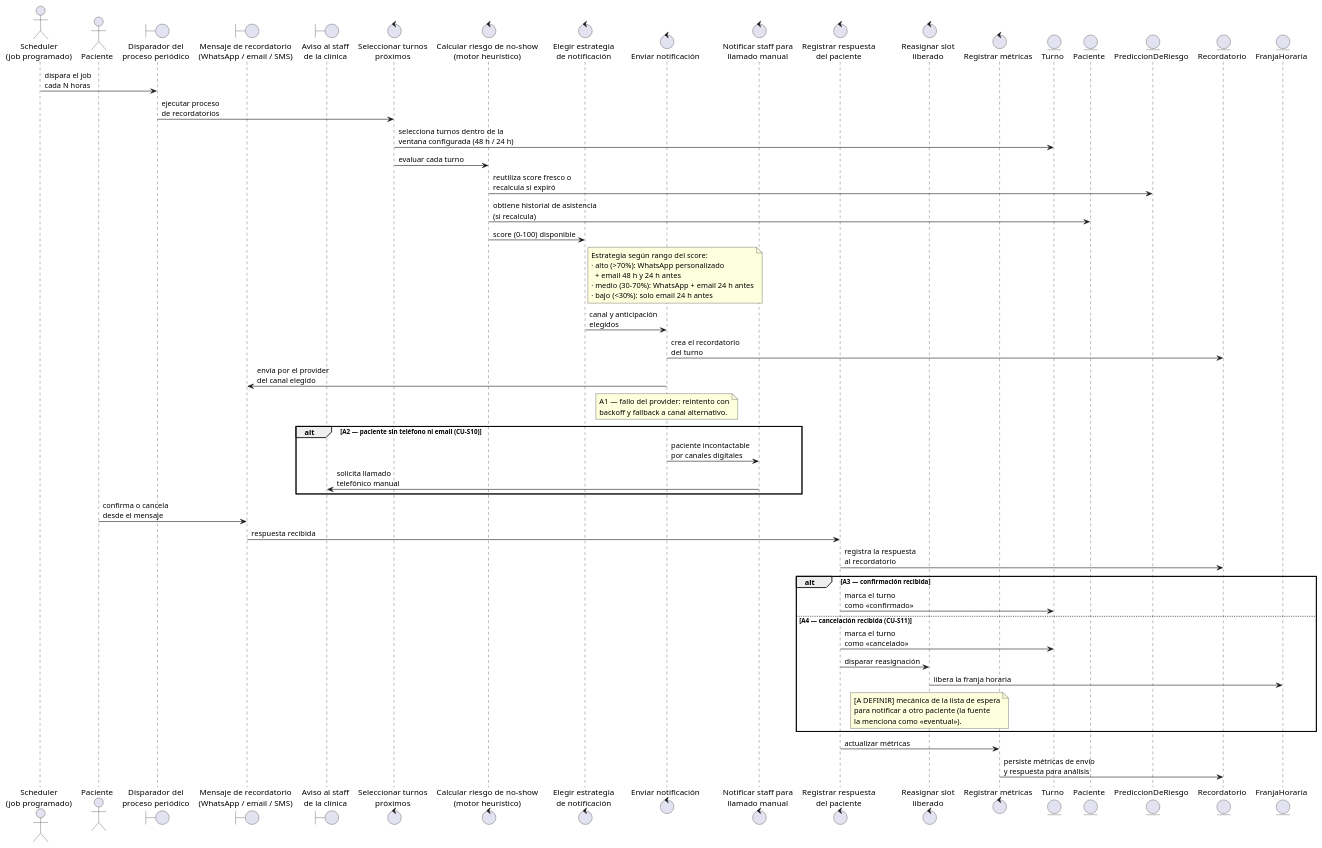
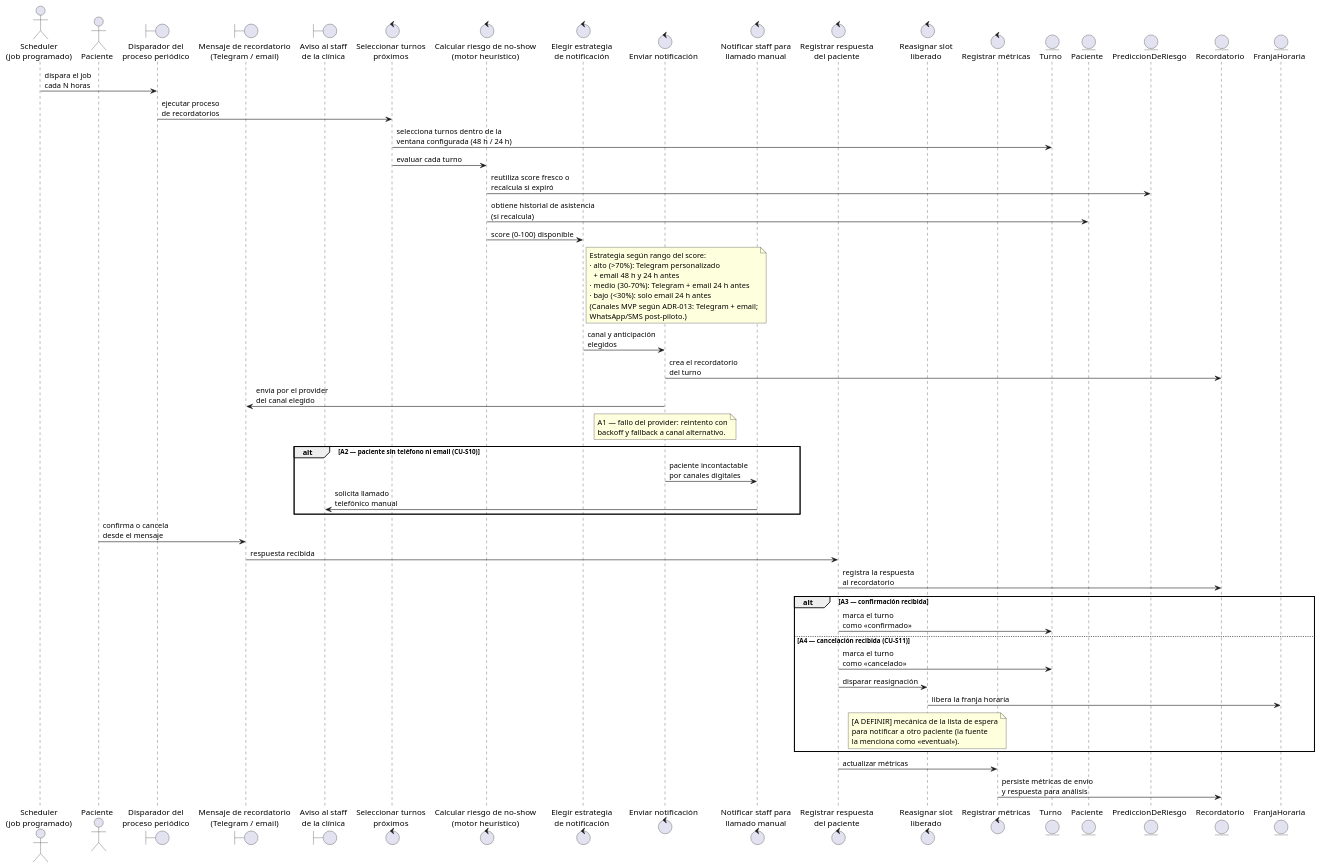
One commit to JulianDeco/sist_clinica changed the diagram in seminario/iconix/diagramas/05-robustez-cu03.puml. Above: the diagram before and after it, drawn with PlantUML. The commit also changed 5 other files, not shown here.

Commit message:
docs(T-020): pulido ICONIX — canales ADR-013 (Telegram/email MVP), CU-S14 cambiar de clínica activa, consistencia entidades/glosario

```diff
--- a/seminario/iconix/diagramas/05-robustez-cu03.puml
+++ b/seminario/iconix/diagramas/05-robustez-cu03.puml
@@ -1,112 +1,116 @@
 @startuml robustez_CU03
 ' =====================================================================
 ' Diagrama de robustez ICONIX — CU-03 Calcular y notificar predicción
 ' de ausentismo
 ' Entrega T-020 — deliverable 6 · Seminario de Trabajo Final UAI 2026
 '
 ' Cubre: seminario/iconix/02-especificacion-casos-de-uso.md → sección CU-03
 '   (curso básico pasos 1–7, cursos alternos A1–A4) e incorpora los CU de
 '   soporte: CU-S05 (Calcular riesgo, <<include>>), CU-S06 (Enviar
 '   notificación, <<include>>), CU-S07 (Registrar respuesta del paciente),
 '   CU-S10 (Notificar staff, <<extend>>) y CU-S11 (Reasignar slot liberado).
 ' Entidades: tomadas 1:1 del modelo de dominio (02-dominio.puml).
 ' Boundaries: el Scheduler entra por el disparador del proceso periódico;
 '   el Paciente interactúa solo con el mensaje recibido (no opera el sistema).
+' Canales de notificación: Telegram + email (MVP según ADR-013);
+'   WhatsApp/SMS quedan en roadmap post-piloto.
 '
 ' Trazabilidad curso básico → flechas:
 '   Paso 1 → Scheduler -> TRIG ; TRIG -> SEL
 '   Paso 2 → SEL -> TUR «selecciona turnos dentro de la ventana»
 '   Paso 3 → SEL -> RIESGO ; RIESGO -> PRED ; RIESGO -> PAC    (CU-S05)
 '   Paso 4 → RIESGO -> ESTR (+ nota con la estrategia por rango)
 '   Paso 5 → ESTR -> ENV ; ENV -> REC ; ENV -> MSG             (CU-S06)
 '   Paso 6 → Paciente -> MSG ; MSG -> RESP ; RESP -> REC ;
 '            RESP -> TUR                                        (CU-S07)
 '   Paso 7 → RESP -> MET ; MET -> REC «métricas de envío y respuesta»
 ' Cursos alternos:
 '   A1 → nota sobre ENV (reintento con backoff, fallback de canal)
 '   A2 → rama alt: ENV -> NSTAFF ; NSTAFF -> STAFF             (CU-S10)
 '   A3 → rama alt: RESP -> TUR «confirmado»
 '   A4 → rama alt: RESP -> TUR «cancelado» ; RESP -> REAS ;
 '        REAS -> FRA                                            (CU-S11)
 ' =====================================================================
 
 actor "Scheduler\n(job programado)" as Scheduler
 actor "Paciente" as PacienteActor
 boundary "Disparador del\nproceso periódico" as TRIG
-boundary "Mensaje de recordatorio\n(WhatsApp / email / SMS)" as MSG
+boundary "Mensaje de recordatorio\n(Telegram / email)" as MSG
 boundary "Aviso al staff\nde la clínica" as STAFF
 control "Seleccionar turnos\npróximos" as SEL
 control "Calcular riesgo de no-show\n(motor heurístico)" as RIESGO
 control "Elegir estrategia\nde notificación" as ESTR
 control "Enviar notificación" as ENV
 control "Notificar staff para\nllamado manual" as NSTAFF
 control "Registrar respuesta\ndel paciente" as RESP
 control "Reasignar slot\nliberado" as REAS
 control "Registrar métricas" as MET
 entity "Turno" as TUR
 entity "Paciente" as PAC
 entity "PrediccionDeRiesgo" as PRED
 entity "Recordatorio" as REC
 entity "FranjaHoraria" as FRA
 
 ' ----- Paso 1 -----
 Scheduler -> TRIG : dispara el job\ncada N horas
 TRIG -> SEL : ejecutar proceso\nde recordatorios
 
 ' ----- Paso 2 -----
 SEL -> TUR : selecciona turnos dentro de la\nventana configurada (48 h / 24 h)
 
 ' ----- Paso 3 (CU-S05, por cada turno) -----
 SEL -> RIESGO : evaluar cada turno
 RIESGO -> PRED : reutiliza score fresco o\nrecalcula si expiró
 RIESGO -> PAC : obtiene historial de asistencia\n(si recalcula)
 
 ' ----- Paso 4 -----
 RIESGO -> ESTR : score (0–100) disponible
 
 note right of ESTR
   Estrategia según rango del score:
-  · alto (>70%): WhatsApp personalizado
+  · alto (>70%): Telegram personalizado
     + email 48 h y 24 h antes
-  · medio (30–70%): WhatsApp + email 24 h antes
+  · medio (30–70%): Telegram + email 24 h antes
   · bajo (<30%): solo email 24 h antes
+  (Canales MVP según ADR-013: Telegram + email;
+  WhatsApp/SMS post-piloto.)
 end note
 
 ' ----- Paso 5 (CU-S06) -----
 ESTR -> ENV : canal y anticipación\nelegidos
 ENV -> REC : crea el recordatorio\ndel turno
 ENV -> MSG : envía por el provider\ndel canal elegido
 
 note over ENV
   A1 — fallo del provider: reintento con
   backoff y fallback a canal alternativo.
 end note
 
 alt A2 — paciente sin teléfono ni email (CU-S10)
   ENV -> NSTAFF : paciente incontactable\npor canales digitales
   NSTAFF -> STAFF : solicita llamado\ntelefónico manual
 end
 
 ' ----- Paso 6 (CU-S07) -----
 PacienteActor -> MSG : confirma o cancela\ndesde el mensaje
 MSG -> RESP : respuesta recibida
 RESP -> REC : registra la respuesta\nal recordatorio
 
 alt A3 — confirmación recibida
   RESP -> TUR : marca el turno\ncomo «confirmado»
 else A4 — cancelación recibida (CU-S11)
   RESP -> TUR : marca el turno\ncomo «cancelado»
   RESP -> REAS : disparar reasignación
   REAS -> FRA : libera la franja horaria
   note over REAS
     [A DEFINIR] mecánica de la lista de espera
     para notificar a otro paciente (la fuente
     la menciona como «eventual»).
   end note
 end
 
 ' ----- Paso 7 -----
 RESP -> MET : actualizar métricas
 MET -> REC : persiste métricas de envío\ny respuesta para análisis
 
 @enduml
```
